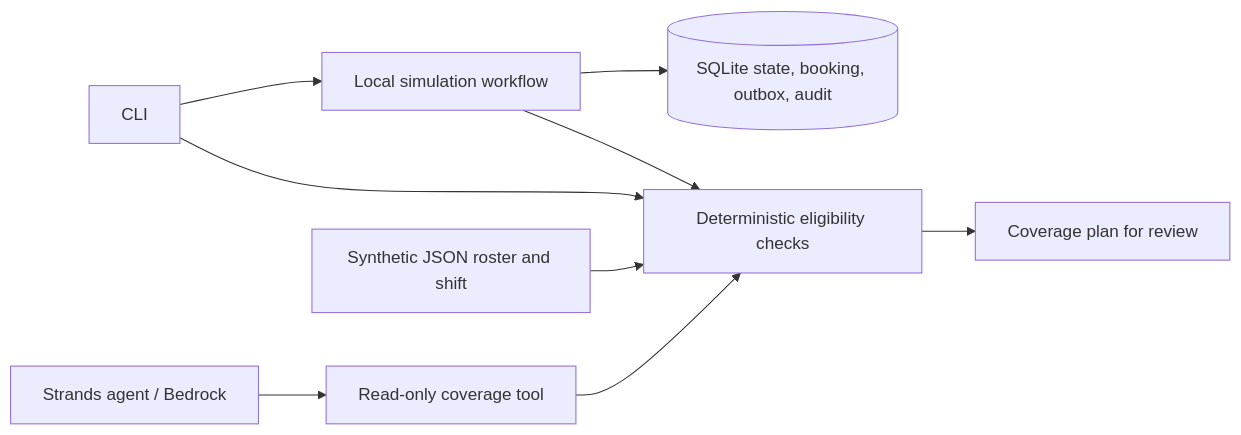
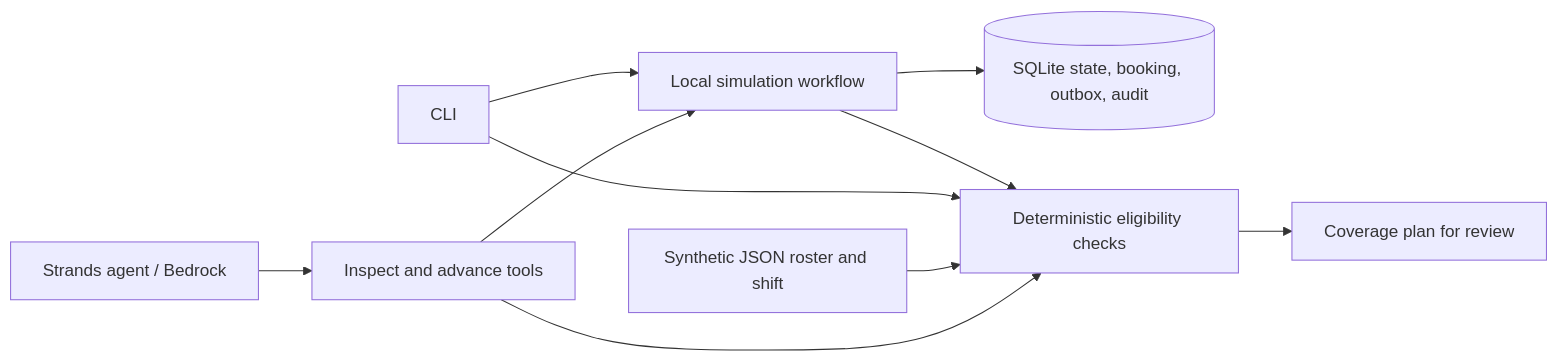
One commit to tsam6/ShiftRescue changed the first of 2 diagrams in docs/ARCHITECTURE.md. Above: the diagram before and after it, drawn with Mermaid. The commit also changed 8 other files, not shown here.

Commit message:
Wire Strands to persisted coverage tools with bounded live demo

````diff
--- a/docs/ARCHITECTURE.md
+++ b/docs/ARCHITECTURE.md
@@ -4,11 +4,12 @@
 ```mermaid
 flowchart LR
     CLI[CLI] --> Workflow[Local simulation workflow]
     Workflow --> Store[(SQLite state, booking, outbox, audit)]
     Workflow --> Rules
     CLI --> Rules[Deterministic eligibility checks]
     Data[Synthetic JSON roster and shift] --> Rules
     Rules --> Plan[Coverage plan for review]
-    Agent[Strands agent / Bedrock] --> Tool[Read-only coverage tool]
+    Agent[Strands agent / Bedrock] --> Tool[Inspect and advance tools]
     Tool --> Rules
+    Tool --> Workflow
 ```
````
